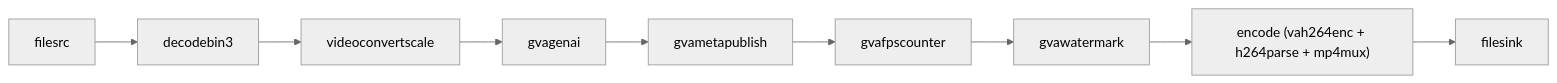
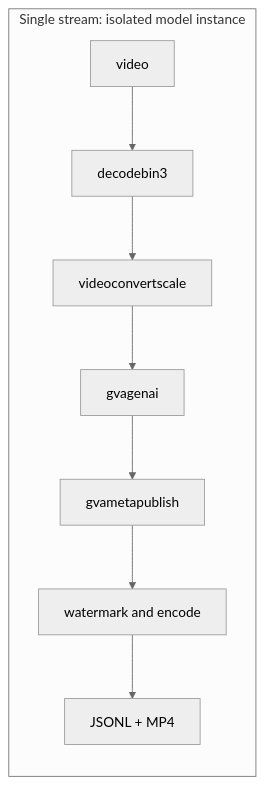
One commit to open-edge-platform/dlstreamer changed the first of 2 diagrams in samples/gstreamer/python/vlm_alerts/README.md. Above: the diagram before and after it, drawn with Mermaid (neutral theme). The commit also changed other lines of this file and 8 other files, not shown here.

````diff
--- a/samples/gstreamer/python/vlm_alerts/README.md
+++ b/samples/gstreamer/python/vlm_alerts/README.md
@@ -52,11 +60,11 @@
 ```mermaid
 graph LR
-    A[filesrc] --> B[decodebin3]
-    B --> C[videoconvertscale]
-    C --> D[gvagenai]
-    D --> E[gvametapublish]
-    E --> F[gvafpscounter]
-    F --> G[gvawatermark]
-    G --> H["encode (vah264enc + h264parse + mp4mux)"]
-    H --> I[filesink]
+    subgraph single[Single stream: isolated model instance]
+        A[video] --> B[decodebin3]
+        B --> C[videoconvertscale]
+        C --> D[gvagenai]
+        D --> E[gvametapublish]
+        E --> F[watermark and encode]
+        F --> G[JSONL + MP4]
+    end
 ```
````
